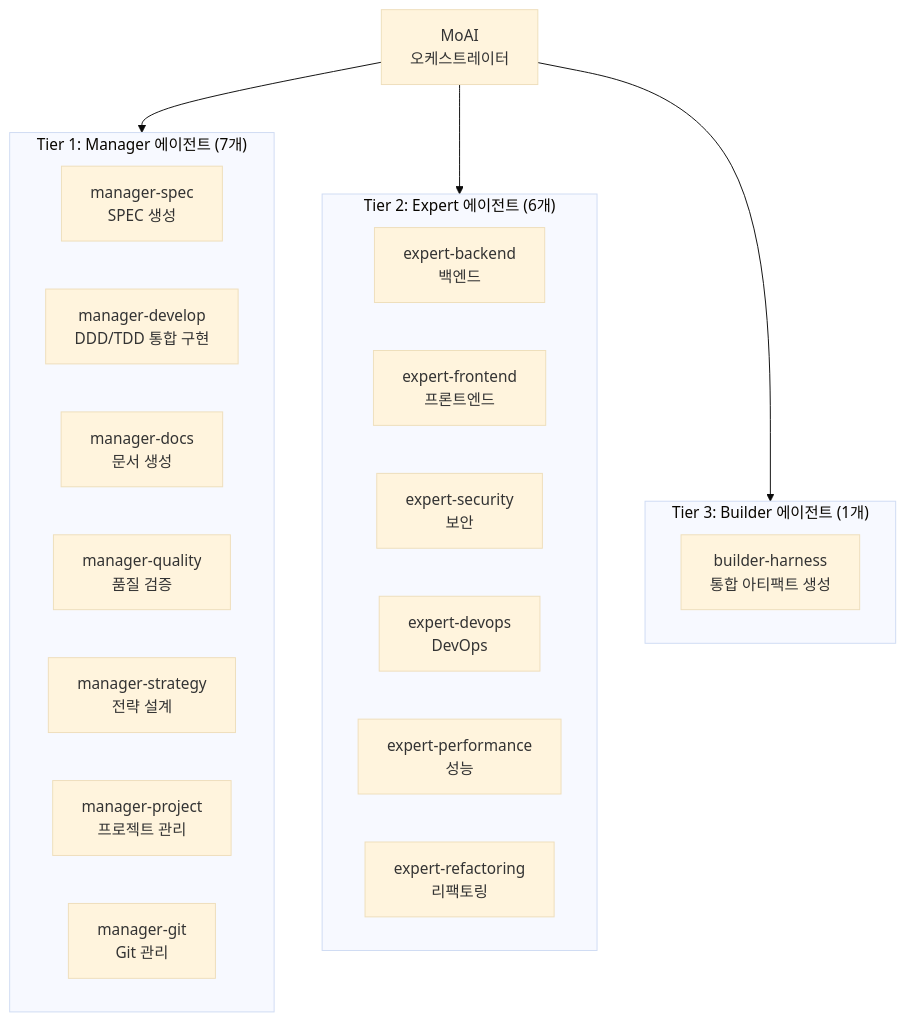
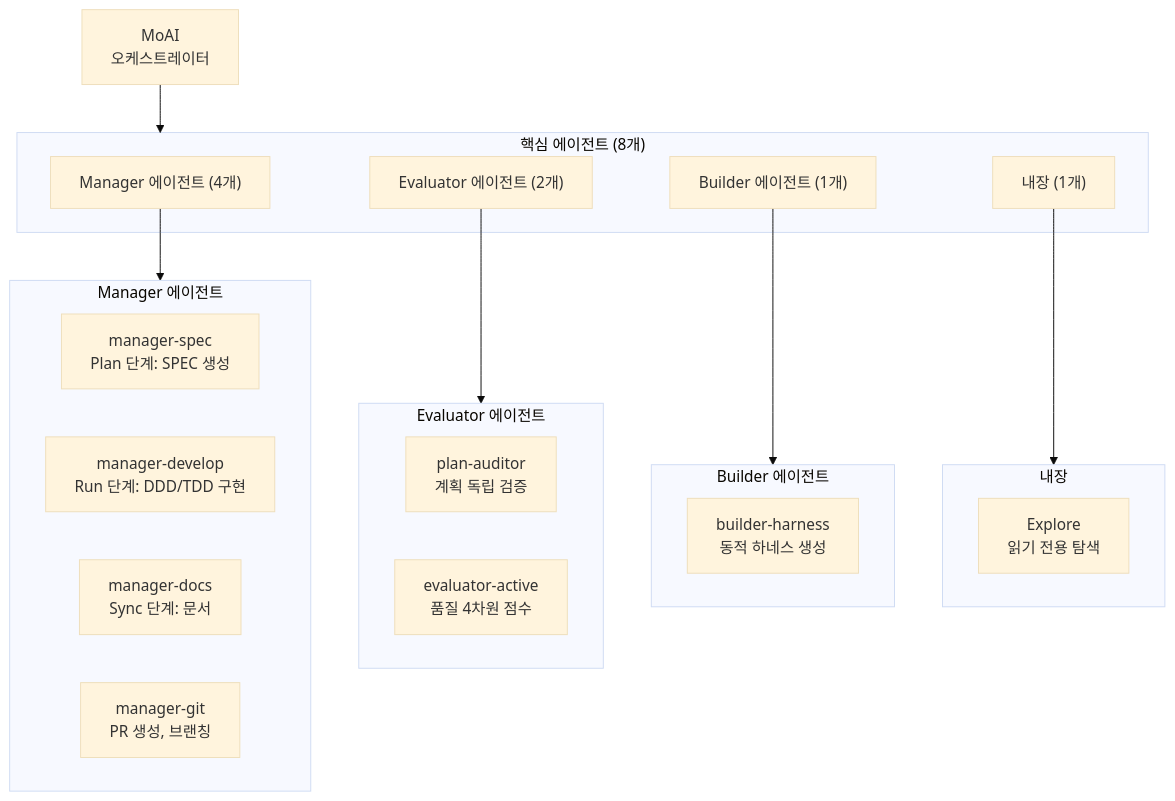
One commit to modu-ai/moai-adk changed the second of 4 diagrams in docs-site/content/ko/advanced/agent-guide.md. Above: the diagram before and after it, drawn with Mermaid (base theme). The commit also changed other lines of this file and 153 other files, not shown here.

````diff
--- a/docs-site/content/ko/advanced/agent-guide.md
+++ b/docs-site/content/ko/advanced/agent-guide.md
@@ -58,31 +58,37 @@
 ```mermaid
 flowchart TD
     MOAI["MoAI<br>오케스트레이터"]
 
-    subgraph TIER1["Tier 1: Manager 에이전트 (7개)"]
-        MS["manager-spec<br>SPEC 생성"]
-        MD["manager-develop<br>DDD/TDD 통합 구현"]
-        MDOC["manager-docs<br>문서 생성"]
-        MQ["manager-quality<br>품질 검증"]
-        MST["manager-strategy<br>전략 설계"]
-        MP["manager-project<br>프로젝트 관리"]
-        MG["manager-git<br>Git 관리"]
+    subgraph CORE["핵심 에이전트 (8개)"]
+        MANAGER["Manager 에이전트 (4개)"]
+        EVAL["Evaluator 에이전트 (2개)"]
+        BUILDER["Builder 에이전트 (1개)"]
+        EXPLORE["내장 (1개)"]
     end
 
-    subgraph TIER2["Tier 2: Expert 에이전트 (6개)"]
-        EB["expert-backend<br>백엔드"]
-        EF["expert-frontend<br>프론트엔드"]
-        ES["expert-security<br>보안"]
-        ED["expert-devops<br>DevOps"]
-        EP["expert-performance<br>성능"]
-        ER["expert-refactoring<br>리팩토링"]
+    subgraph MANAGERAGENTS["Manager 에이전트"]
+        MS["manager-spec<br>Plan 단계: SPEC 생성"]
+        MD["manager-develop<br>Run 단계: DDD/TDD 구현"]
+        MDOC["manager-docs<br>Sync 단계: 문서"]
+        MG["manager-git<br>PR 생성, 브랜칭"]
     end
 
-    subgraph TIER3["Tier 3: Builder 에이전트 (1개)"]
-        BA["builder-harness<br>통합 아티팩트 생성"]
+    subgraph EVALS["Evaluator 에이전트"]
+        PA["plan-auditor<br>계획 독립 검증"]
+        EA["evaluator-active<br>품질 4차원 점수"]
     end
 
-    MOAI --> TIER1
-    MOAI --> TIER2
-    MOAI --> TIER3
+    subgraph BUILDERS["Builder 에이전트"]
+        BH["builder-harness<br>동적 하네스 생성"]
+    end
+
+    subgraph EXPLOREAGENT["내장"]
+        EXP["Explore<br>읽기 전용 탐색"]
+    end
+
+    MOAI --> CORE
+    MANAGER --> MANAGERAGENTS
+    EVAL --> EVALS
+    BUILDER --> BUILDERS
+    EXPLORE --> EXPLOREAGENT
 ```
````
